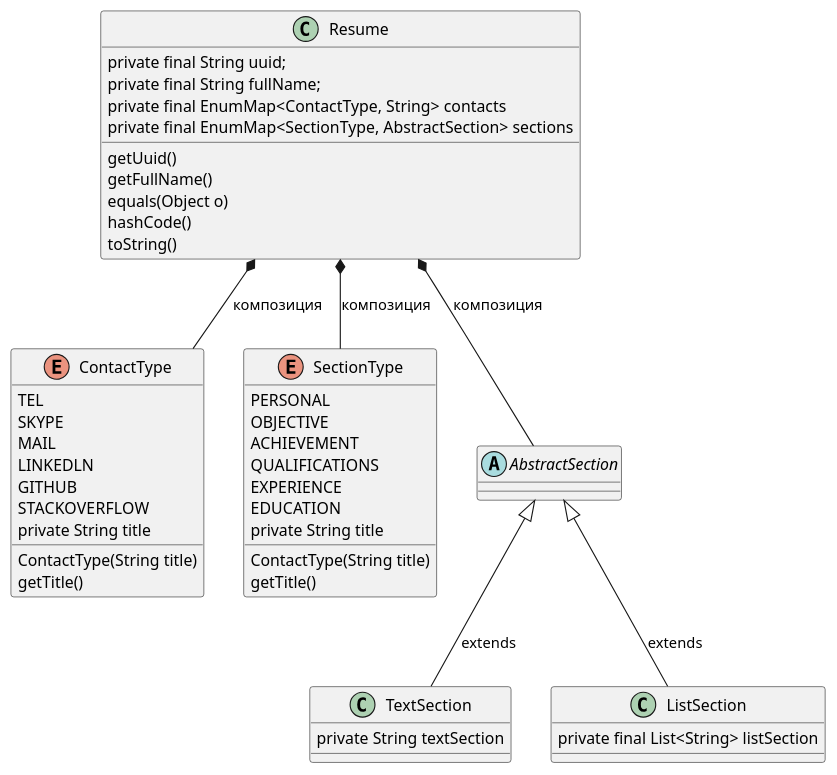
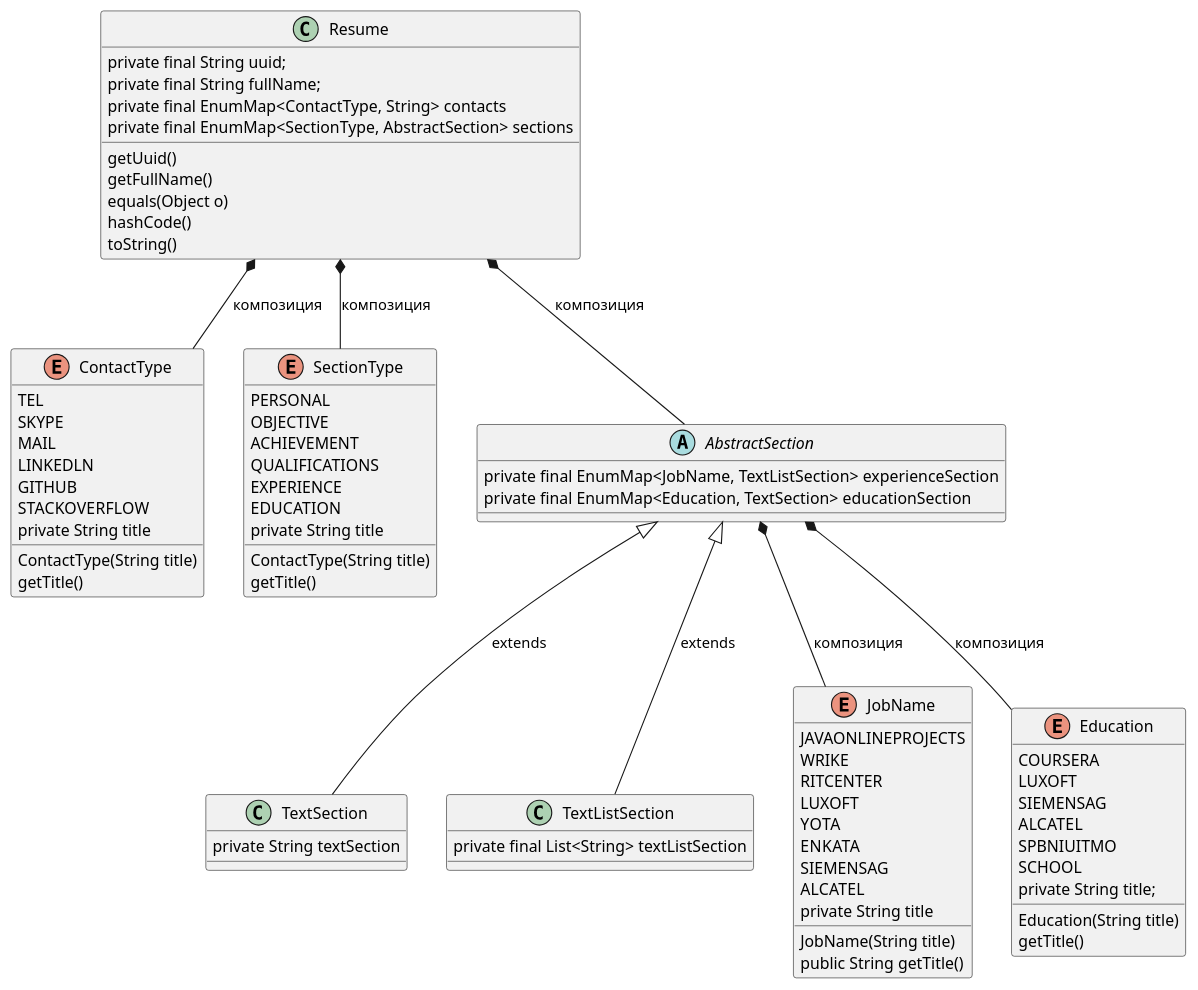
Before and after one commit to VitalyG1983/basejava: the diagram in src/com/urise/webapp/model/ResumeUML.puml, drawn with PlantUML. The commit also changed 6 other files, not shown here.

```diff
--- a/src/com/urise/webapp/model/ResumeUML.puml
+++ b/src/com/urise/webapp/model/ResumeUML.puml
@@ -1,56 +1,85 @@
 @startuml
 'https://plantuml.com/class-diagram
 
  class Resume {
     private final String uuid;
     private final String fullName;
     private final EnumMap<ContactType, String> contacts
     private final EnumMap<SectionType, AbstractSection> sections
      getUuid()
      getFullName()
      equals(Object o)
      hashCode()
      toString()
 }
 
  Resume  *-- ContactType : композиция
  enum ContactType{
      TEL
      SKYPE
      MAIL
      LINKEDLN
      GITHUB
      STACKOVERFLOW
      private String title
       ContactType(String title)
       getTitle()
  }
 
 Resume  *-- SectionType : композиция
  enum SectionType{
       PERSONAL
       OBJECTIVE
       ACHIEVEMENT
       QUALIFICATIONS
       EXPERIENCE
       EDUCATION
       private String title
        ContactType(String title)
        getTitle()
  }
 
 Resume  *--  AbstractSection : композиция
      abstract class AbstractSection {
+         private final EnumMap<JobName, TextListSection> experienceSection
+         private final EnumMap<Education, TextSection> educationSection
     }
 
 AbstractSection <|-- TextSection : extends
 class TextSection {
       private String textSection
 }
 
-AbstractSection <|-- ListSection : extends
-class ListSection {
-    private final List<String> listSection
+AbstractSection <|-- TextListSection : extends
+class TextListSection {
+    private final List<String> textListSection
 }
 
+AbstractSection  *--  JobName : композиция
+enum JobName {
+    JAVAONLINEPROJECTS
+    WRIKE
+    RITCENTER
+    LUXOFT
+    YOTA
+    ENKATA
+    SIEMENSAG
+    ALCATEL
+    private String title
+    JobName(String title)
+    public String getTitle()
+}
+
+AbstractSection  *--  Education : композиция
+enum Education {
+    COURSERA
+    LUXOFT
+    SIEMENSAG
+    ALCATEL
+    SPBNIUITMO
+    SCHOOL
+    private String title;
+    Education(String title)
+    getTitle()
+ }
 @enduml
```
